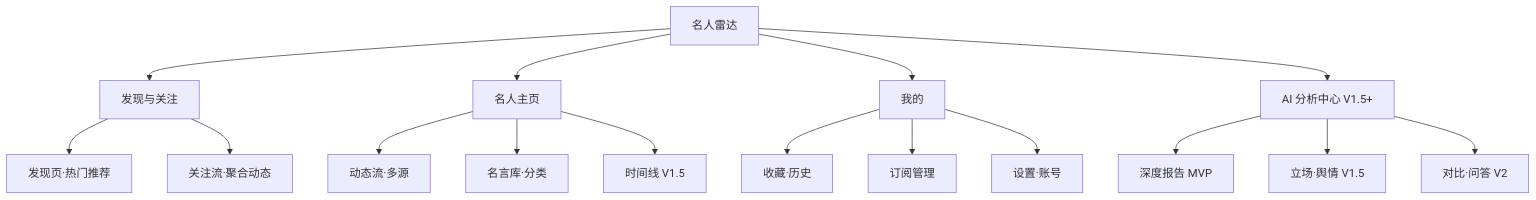
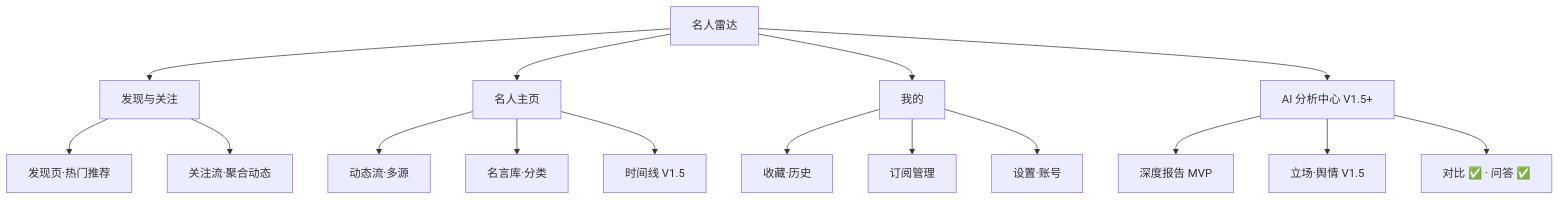
One commit to qianlongloves/CelebrityRadar changed the second of 2 diagrams in doc/名人雷达_设计方案.md. Above: the diagram before and after it, drawn with Mermaid. The commit also changed other lines of this file and 146 other files, not shown here.

````diff
--- a/doc/名人雷达_设计方案.md
+++ b/doc/名人雷达_设计方案.md
@@ -233,18 +317,18 @@
 ```mermaid
 graph TD
     Root[名人雷达] --> A[发现与关注]
     Root --> B[名人主页]
     Root --> D[我的]
     A --> A1[发现页·热门推荐]
     A --> A2[关注流·聚合动态]
     Root --> C[AI 分析中心 V1.5+]
     C --> C1[深度报告 MVP]
     C --> C2[立场·舆情 V1.5]
-    C --> C3[对比·问答 V2]
+    C --> C3[对比 ✅ · 问答 ✅]
     B --> B1[动态流·多源]
     B --> B2[名言库·分类]
     B --> B3[时间线 V1.5]
     D --> D1[收藏·历史]
     D --> D2[订阅管理]
     D --> D3[设置·账号]
 ```
````
